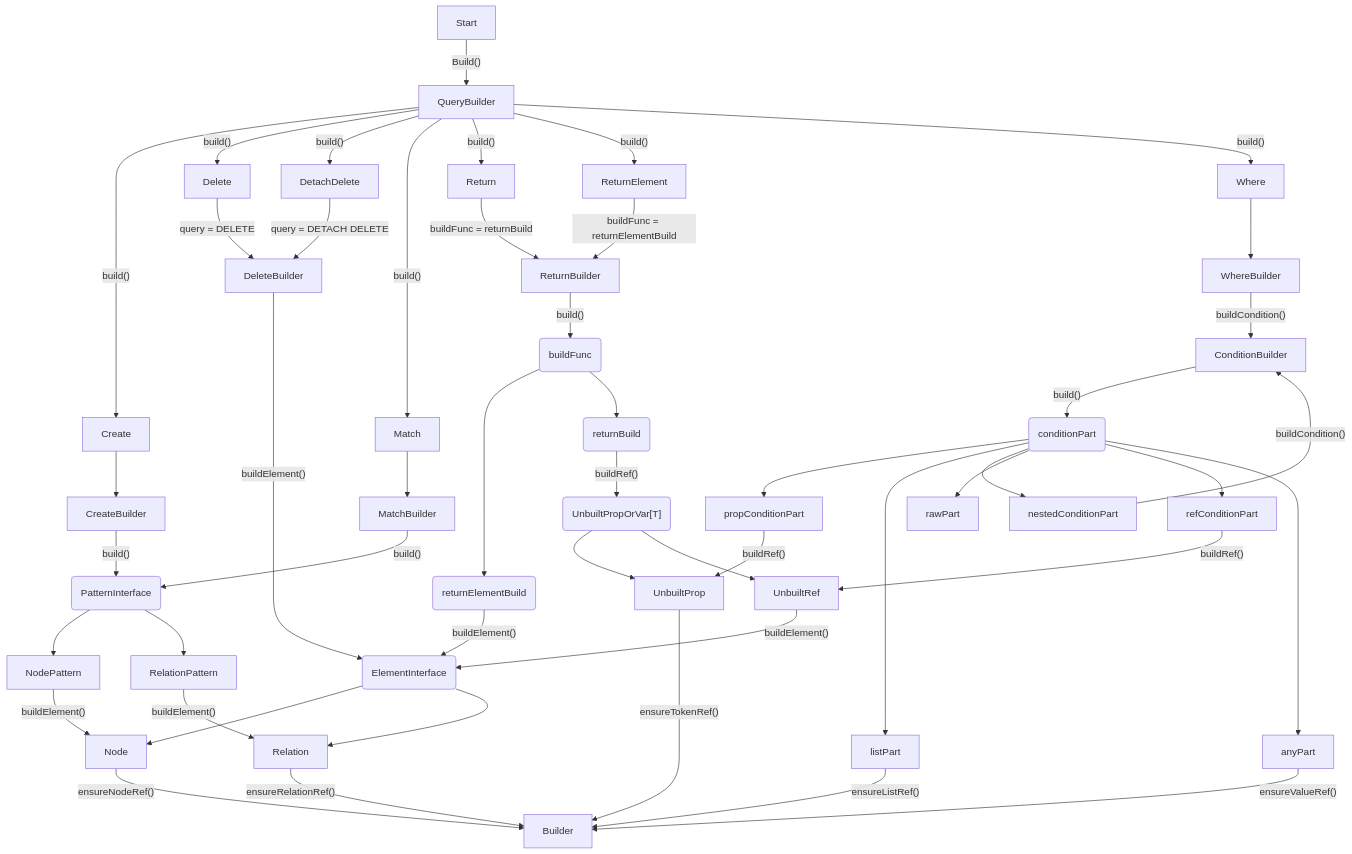
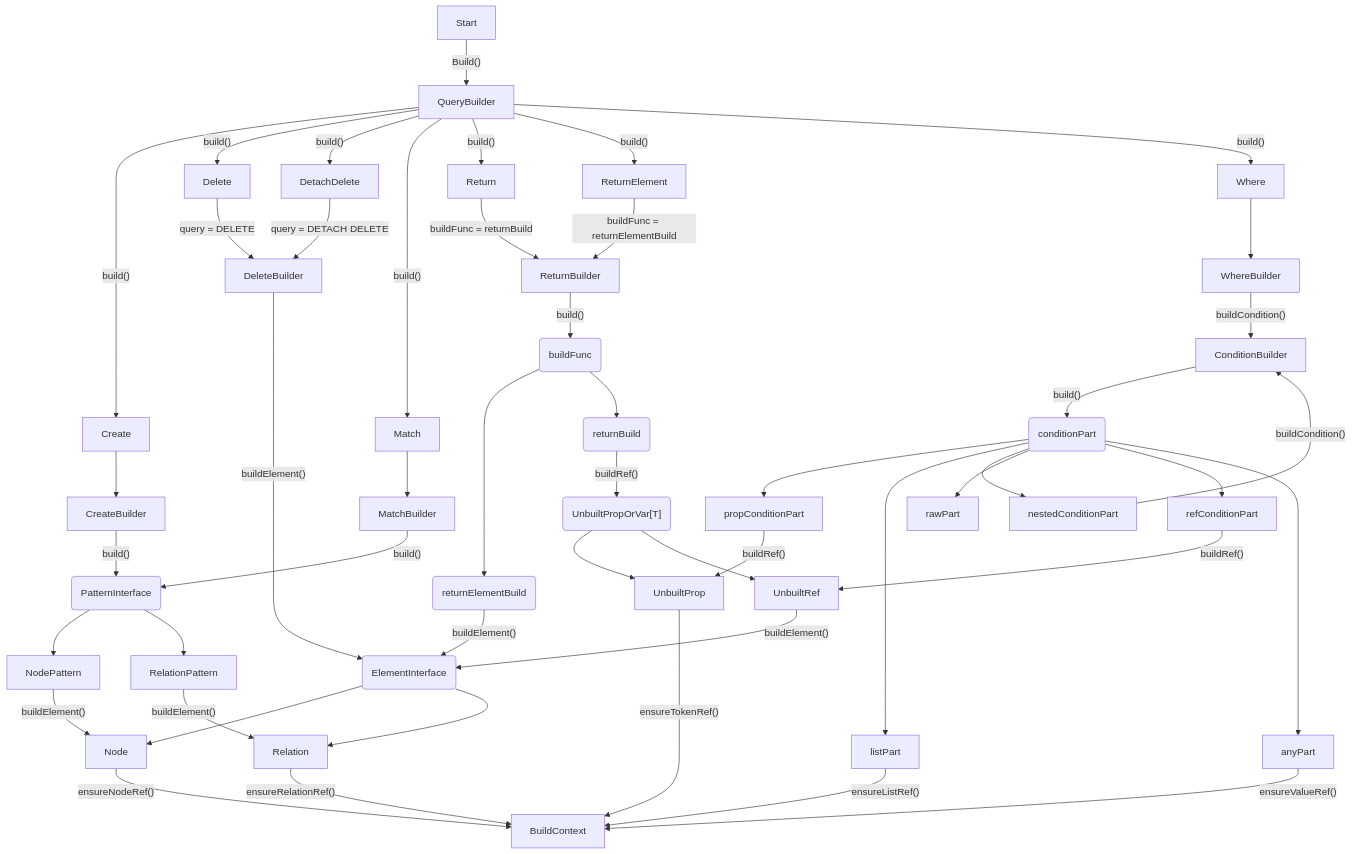
The diagram in docs/Build architecture.mermaid (Deb84/NeoQueries), drawn with Mermaid before and after one commit.

Commit message:
docs: renamed Builder to BuildContext

```diff
--- a/docs/Build architecture.mermaid
+++ b/docs/Build architecture.mermaid
@@ -1,68 +1,68 @@
 flowchart TD
     Start --> |"Build()"| QueryBuilder
 
     QueryBuilder --> |"build()"| Create
     QueryBuilder --> |"build()"| Delete
     QueryBuilder --> |"build()"| DetachDelete
     QueryBuilder --> |"build()"| Match
     QueryBuilder --> |"build()"| Return
     QueryBuilder --> |"build()"| ReturnElement
     QueryBuilder --> |"build()"| Where
 
     Create --> CreateBuilder
     Delete --> |"query = DELETE"| DeleteBuilder
     DetachDelete --> |"query = DETACH DELETE"| DeleteBuilder
     Match --> MatchBuilder
     Return --> |"buildFunc = returnBuild"| ReturnBuilder
     ReturnElement --> |"buildFunc = returnElementBuild"| ReturnBuilder
     Where --> WhereBuilder
 
     PatternInterface(PatternInterface)
     ElementInterface(ElementInterface)
     UnbuiltPropOrVar("UnbuiltPropOrVar[T]")
 
     CreateBuilder --> |"build()"| PatternInterface
     DeleteBuilder --> |"buildElement()"| ElementInterface
     MatchBuilder --> |"build()"| PatternInterface
     ReturnBuilder --> |"build()"| buildFunc(buildFunc)
     WhereBuilder --> |"buildCondition()"| ConditionBuilder
 
     buildFunc --> returnElementBuild("returnElementBuild")
     buildFunc --> returnBuild("returnBuild")
 
     returnBuild --> |"buildRef()"| UnbuiltPropOrVar
     returnElementBuild --> |"buildElement()"| ElementInterface
 
 
     PatternInterface --> NodePattern
     PatternInterface -->  RelationPattern
 
     NodePattern --> |"buildElement()"| Node
     RelationPattern --> |"buildElement()"| Relation
 
     ElementInterface --> Node
     ElementInterface --> Relation
 
-    Node --> |"ensureNodeRef()"| Builder
-    Relation --> |"ensureRelationRef()"| Builder
+    Node --> |"ensureNodeRef()"| BuildContext
+    Relation --> |"ensureRelationRef()"| BuildContext
 
     ConditionBuilder --> |"build()"| conditionPart("conditionPart")
 
     conditionPart --> propConditionPart
     conditionPart --> listPart
     conditionPart --> nestedConditionPart
     conditionPart --> rawPart
     conditionPart --> refConditionPart
     conditionPart --> anyPart
 
     propConditionPart --> |"buildRef()"| UnbuiltProp
     nestedConditionPart --> |"buildCondition()"| ConditionBuilder
-    listPart --> |"ensureListRef()"| Builder
-    anyPart --> |"ensureValueRef()"| Builder
+    listPart --> |"ensureListRef()"| BuildContext
+    anyPart --> |"ensureValueRef()"| BuildContext
     refConditionPart --> |"buildRef()"| UnbuiltRef
 
     UnbuiltPropOrVar --> UnbuiltProp
     UnbuiltPropOrVar --> UnbuiltRef
 
     UnbuiltRef --> |"buildElement()"| ElementInterface
-    UnbuiltProp --> |"ensureTokenRef()"| Builder
+    UnbuiltProp --> |"ensureTokenRef()"| BuildContext
```
